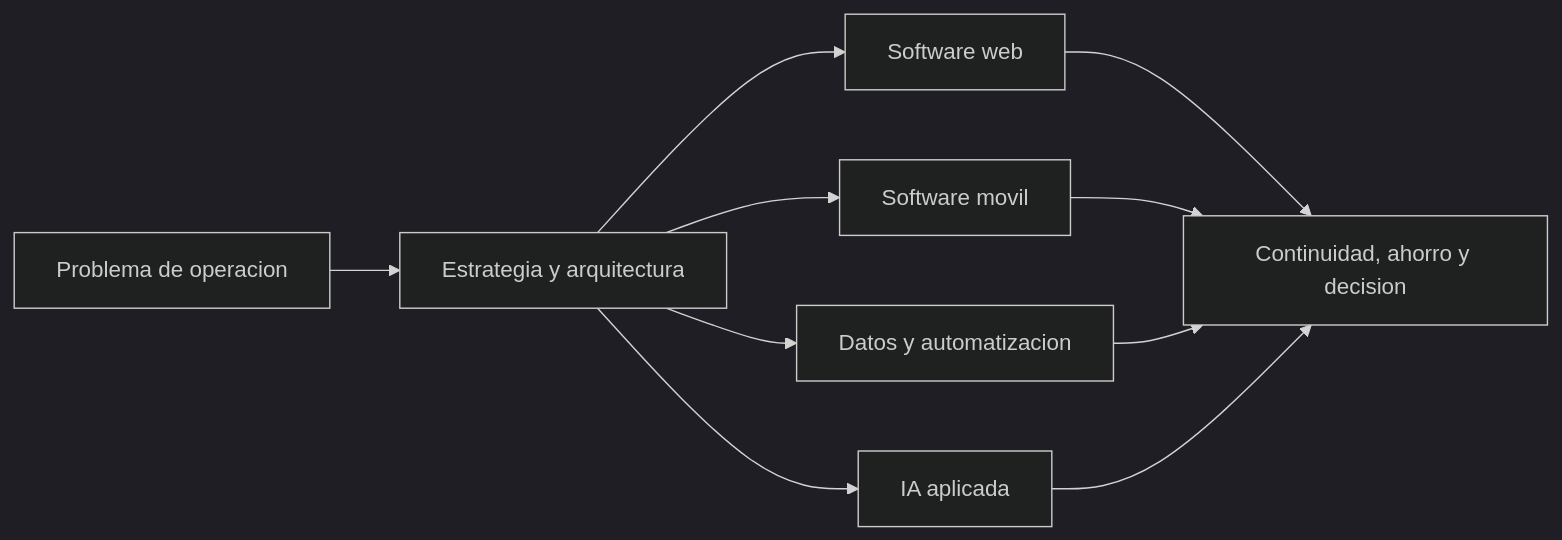
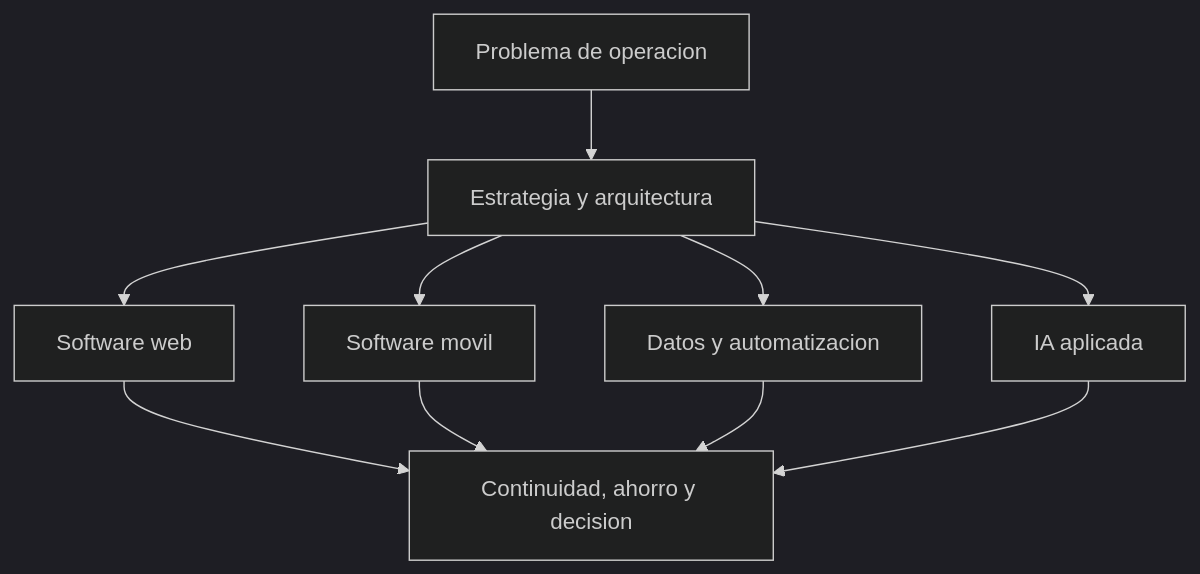
Before and after one commit to david1997herrera/david1997herrera: the diagram in README.md, drawn with Mermaid (dark theme).

Commit message:
Ajusta el diagrama para que se lea en la columna del perfil.

````diff
--- a/README.md
+++ b/README.md
@@ -31,12 +31,12 @@
 ```mermaid
-flowchart LR
+flowchart TB
   negocio[Problema de operacion] --> direccion[Estrategia y arquitectura]
   direccion --> web[Software web]
   direccion --> movil[Software movil]
   direccion --> datos[Datos y automatizacion]
   direccion --> ia[IA aplicada]
   web --> valor[Continuidad, ahorro y decision]
   movil --> valor
   datos --> valor
   ia --> valor
 ```
````
